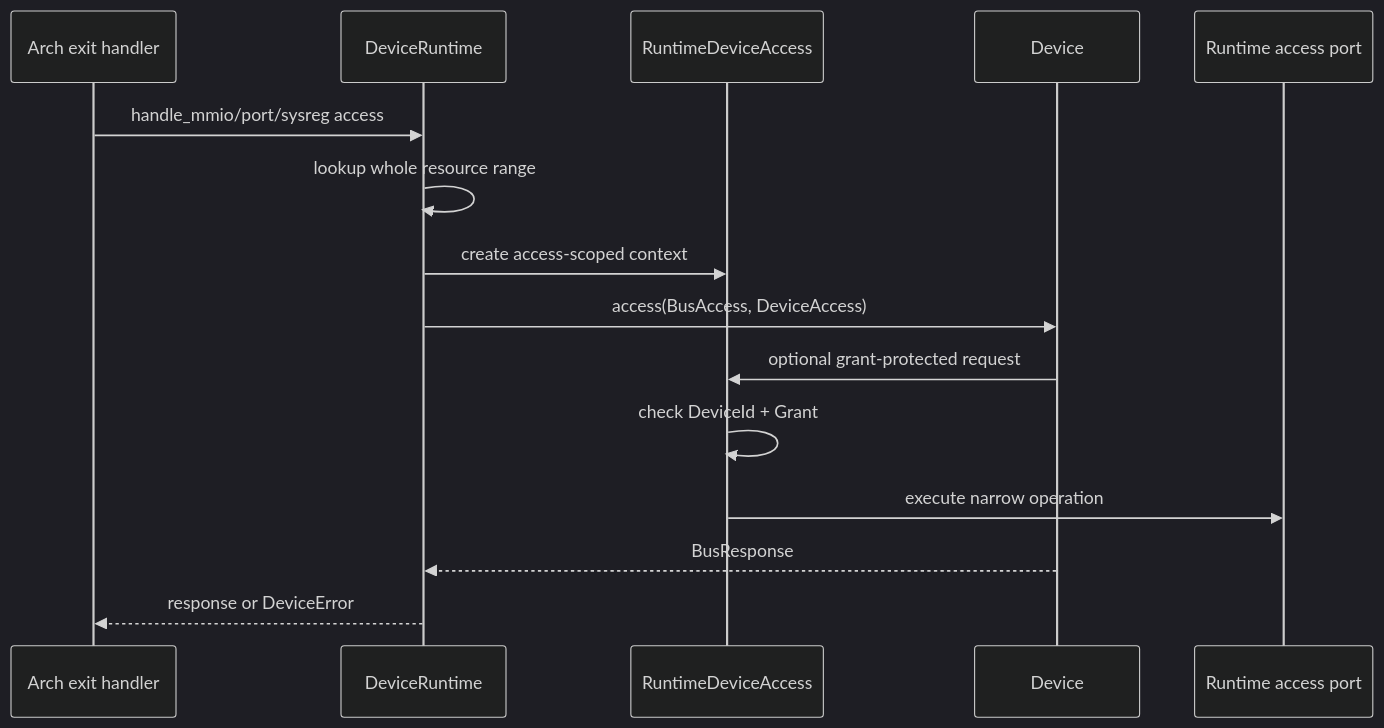
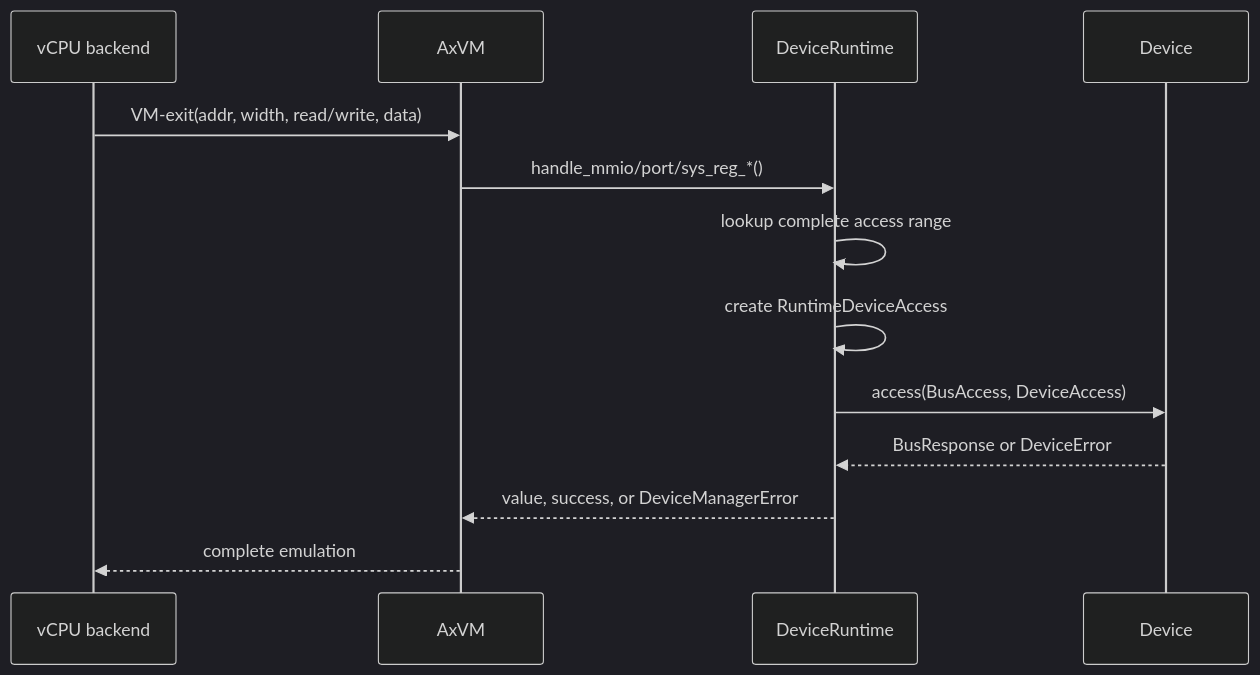
Before and after one commit to rcore-os/tgoskits: the third of 4 diagrams in docs/docs/architecture/axvisor/emulated-devices.md, drawn with Mermaid (dark theme). The commit also changed other lines of this file, not shown here.

Commit message:
docs: rewrite emulated-devices page with code-grounded crate layout, runtime fields, and factory details

````diff
--- a/docs/docs/architecture/axvisor/emulated-devices.md
+++ b/docs/docs/architecture/axvisor/emulated-devices.md
@@ -51,18 +310,16 @@
 ```mermaid
 sequenceDiagram
-    participant Arch as Arch exit handler
-    participant Runtime as DeviceRuntime
-    participant Access as RuntimeDeviceAccess
-    participant Dev as Device
-    participant Port as Runtime access port
+    participant VCPU as vCPU backend
+    participant VM as AxVM
+    participant RT as DeviceRuntime
+    participant DEV as Device
 
-    Arch->>Runtime: handle_mmio/port/sysreg access
-    Runtime->>Runtime: lookup whole resource range
-    Runtime->>Access: create access-scoped context
-    Runtime->>Dev: access(BusAccess, DeviceAccess)
-    Dev->>Access: optional grant-protected request
-    Access->>Access: check DeviceId + Grant
-    Access->>Port: execute narrow operation
-    Dev-->>Runtime: BusResponse
-    Runtime-->>Arch: response or DeviceError
+    VCPU->>VM: VM-exit(addr, width, read/write, data)
+    VM->>RT: handle_mmio/port/sys_reg_*()
+    RT->>RT: lookup complete access range
+    RT->>RT: create RuntimeDeviceAccess
+    RT->>DEV: access(BusAccess, DeviceAccess)
+    DEV-->>RT: BusResponse or DeviceError
+    RT-->>VM: value, success, or DeviceManagerError
+    VM-->>VCPU: complete emulation
 ```
````
